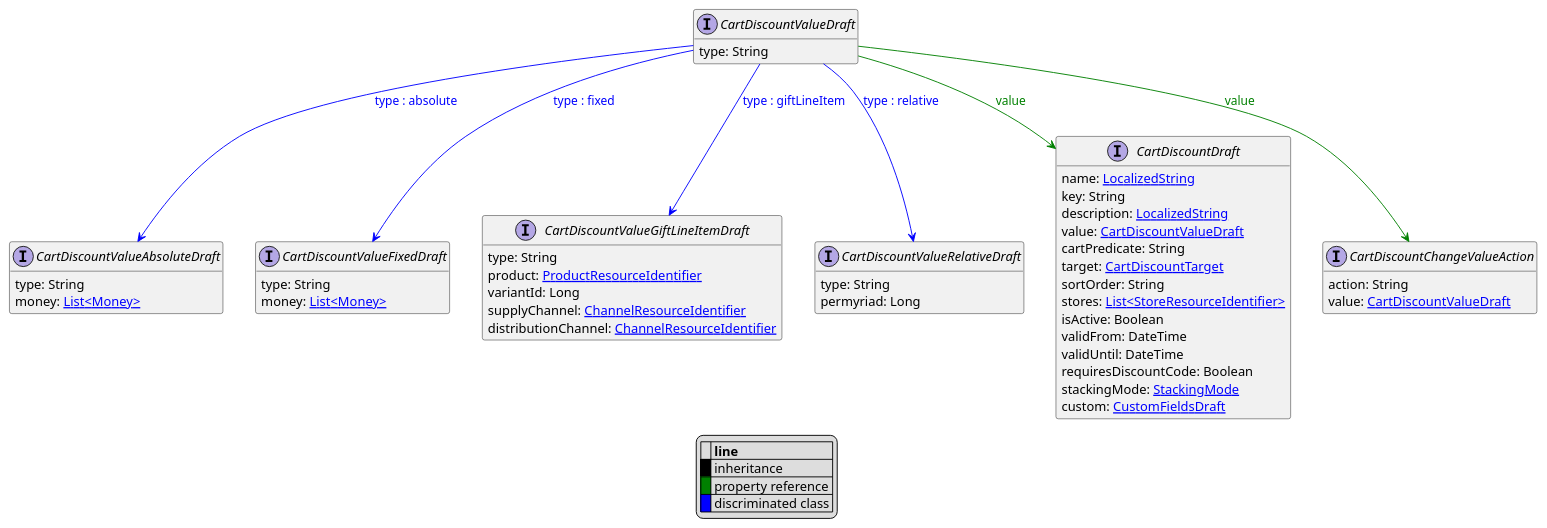
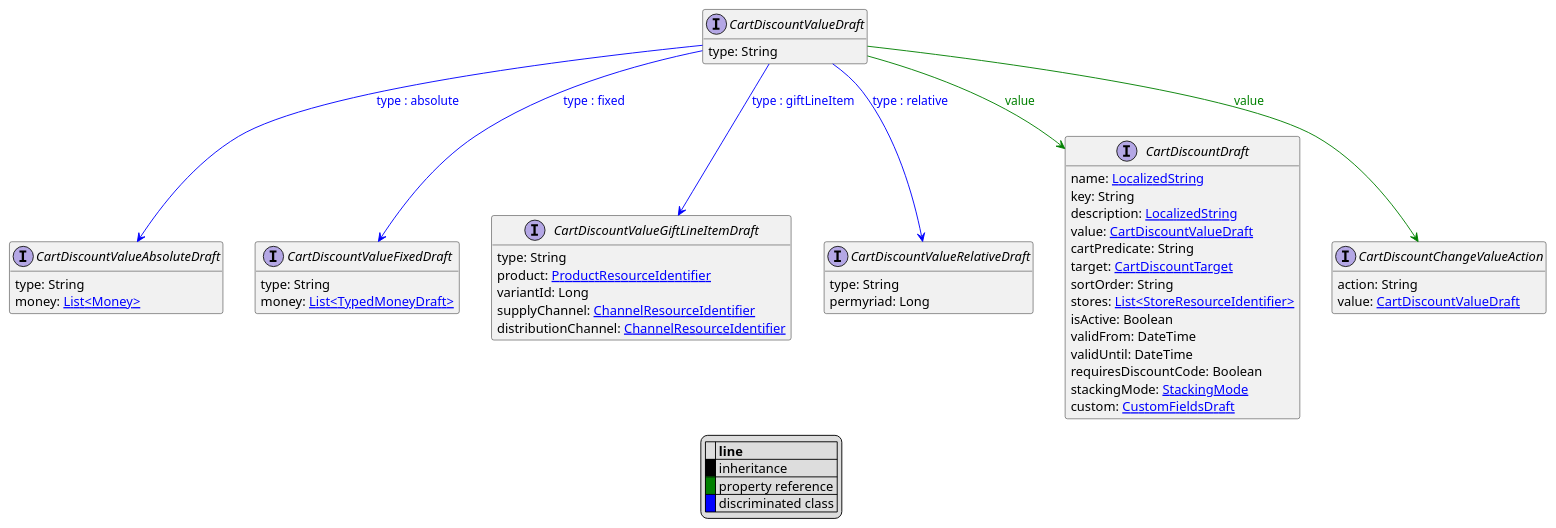
Before and after one commit to commercetools/commercetools-api-reference: the diagram in uml/api/CartDiscountValueDraft.puml, drawn with PlantUML. The commit also changed 22 other files, not shown here.

```diff
--- a/uml/api/CartDiscountValueDraft.puml
+++ b/uml/api/CartDiscountValueDraft.puml
@@ -1,61 +1,61 @@
 @startuml
 
 hide empty fields
 hide empty methods
 legend
 |= |= line |
 |<back:black>   </back>| inheritance |
 |<back:green>   </back>| property reference |
 |<back:blue>   </back>| discriminated class |
 endlegend
 interface CartDiscountValueDraft [[CartDiscountValueDraft.svg]]  {
     type: String
 }
 
 
 interface CartDiscountValueAbsoluteDraft [[CartDiscountValueAbsoluteDraft.svg]]  {
     type: String
     money: [[Money.svg List<Money>]]
 }
 interface CartDiscountValueFixedDraft [[CartDiscountValueFixedDraft.svg]]  {
     type: String
-    money: [[Money.svg List<Money>]]
+    money: [[TypedMoneyDraft.svg List<TypedMoneyDraft>]]
 }
 interface CartDiscountValueGiftLineItemDraft [[CartDiscountValueGiftLineItemDraft.svg]]  {
     type: String
     product: [[ProductResourceIdentifier.svg ProductResourceIdentifier]]
     variantId: Long
     supplyChannel: [[ChannelResourceIdentifier.svg ChannelResourceIdentifier]]
     distributionChannel: [[ChannelResourceIdentifier.svg ChannelResourceIdentifier]]
 }
 interface CartDiscountValueRelativeDraft [[CartDiscountValueRelativeDraft.svg]]  {
     type: String
     permyriad: Long
 }
 interface CartDiscountDraft [[CartDiscountDraft.svg]]  {
     name: [[LocalizedString.svg LocalizedString]]
     key: String
     description: [[LocalizedString.svg LocalizedString]]
     value: [[CartDiscountValueDraft.svg CartDiscountValueDraft]]
     cartPredicate: String
     target: [[CartDiscountTarget.svg CartDiscountTarget]]
     sortOrder: String
     stores: [[StoreResourceIdentifier.svg List<StoreResourceIdentifier>]]
     isActive: Boolean
     validFrom: DateTime
     validUntil: DateTime
     requiresDiscountCode: Boolean
     stackingMode: [[StackingMode.svg StackingMode]]
     custom: [[CustomFieldsDraft.svg CustomFieldsDraft]]
 }
 interface CartDiscountChangeValueAction [[CartDiscountChangeValueAction.svg]]  {
     action: String
     value: [[CartDiscountValueDraft.svg CartDiscountValueDraft]]
 }
 CartDiscountValueDraft --> CartDiscountValueAbsoluteDraft #blue;text:blue : "type : absolute"
 CartDiscountValueDraft --> CartDiscountValueFixedDraft #blue;text:blue : "type : fixed"
 CartDiscountValueDraft --> CartDiscountValueGiftLineItemDraft #blue;text:blue : "type : giftLineItem"
 CartDiscountValueDraft --> CartDiscountValueRelativeDraft #blue;text:blue : "type : relative"
 CartDiscountValueDraft --> CartDiscountDraft #green;text:green : "value"
 CartDiscountValueDraft --> CartDiscountChangeValueAction #green;text:green : "value"
 @enduml
```
